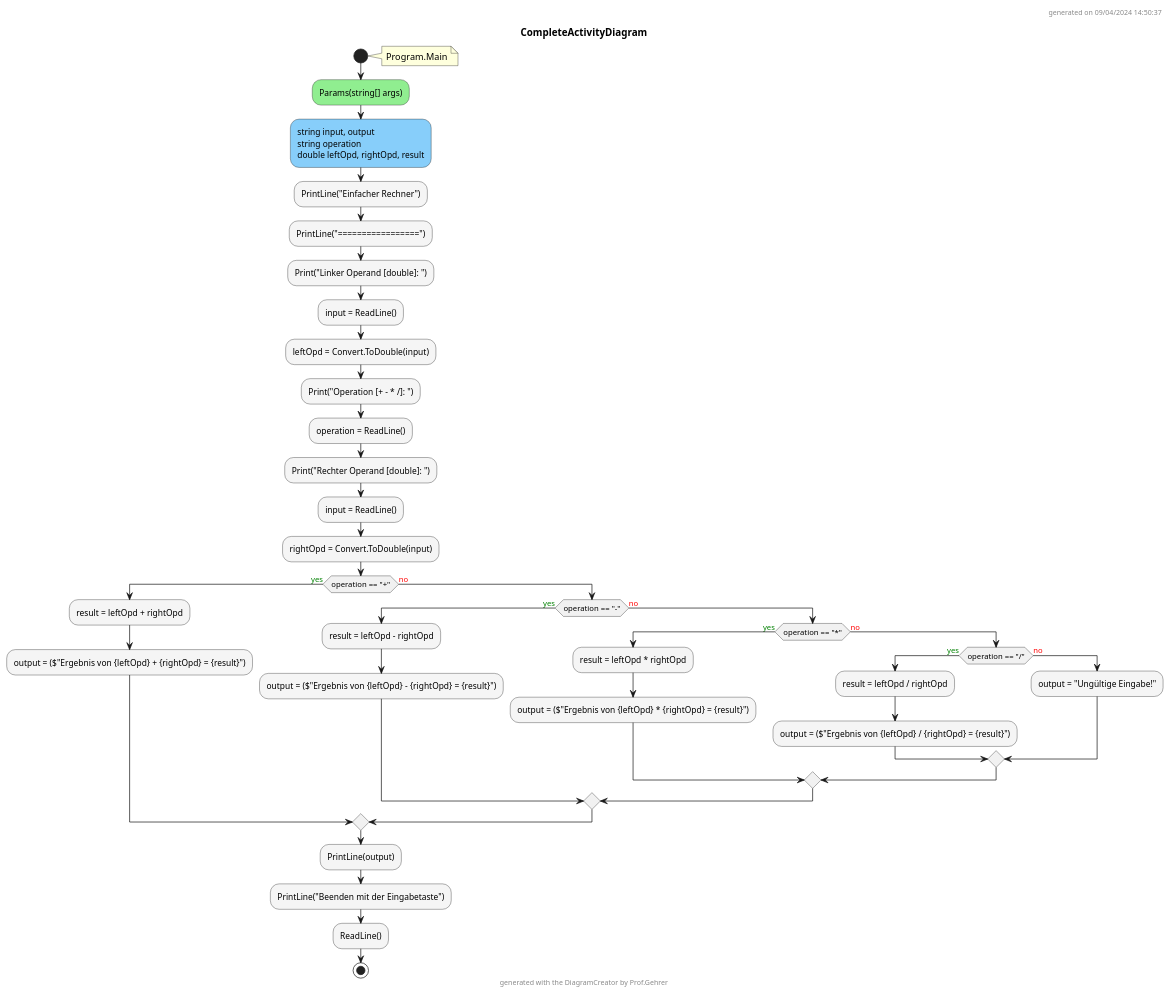
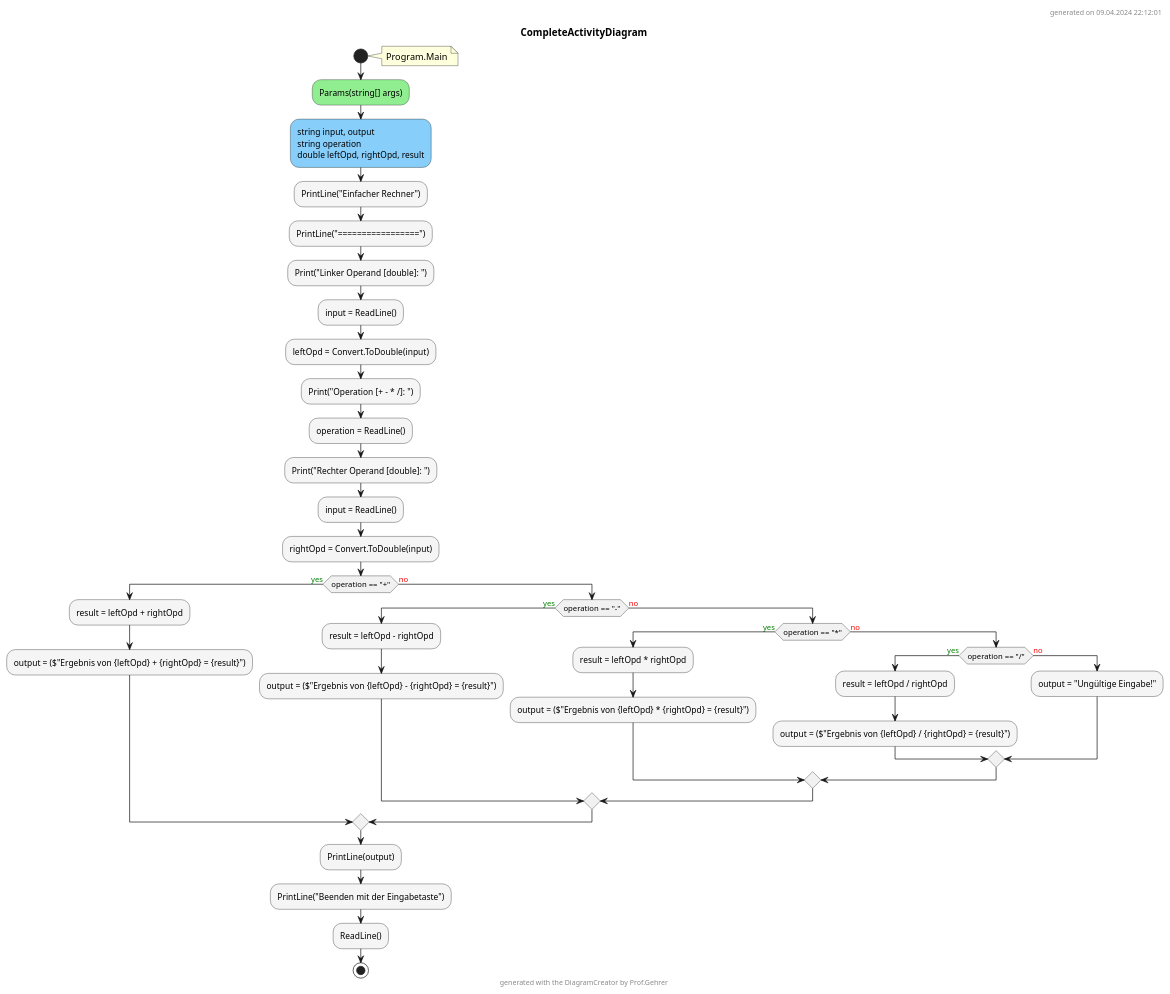
Before and after one commit to leoggehrer/2324-34_ABIF_ACIF_POSE: the diagram in SimpleCalculator.ConApp/diagrams/CompleteActivityDiagram.puml, drawn with PlantUML. The commit also changed 479 other files, not shown here.

Commit message:
Updated diagrams.

```diff
--- a/SimpleCalculator.ConApp/diagrams/CompleteActivityDiagram.puml
+++ b/SimpleCalculator.ConApp/diagrams/CompleteActivityDiagram.puml
@@ -1,48 +1,48 @@
 @startuml CompleteActivityDiagram
 header
-generated on 09/04/2024 14:50:37
+generated on 09.04.2024 22:12:01
 end header
 title CompleteActivityDiagram
 start
 note right:  Program.Main
 #LightGreen:Params(string[] args);
 #LightSkyBlue:string input, output\nstring operation\ndouble leftOpd, rightOpd, result;
 #WhiteSmoke:PrintLine("Einfacher Rechner");
 #WhiteSmoke:PrintLine("=================");
 #WhiteSmoke:Print("Linker Operand [double]: ");
 #WhiteSmoke:input = ReadLine();
 #WhiteSmoke:leftOpd = Convert.ToDouble(input);
 #WhiteSmoke:Print("Operation [+ - * /]: ");
 #WhiteSmoke:operation = ReadLine();
 #WhiteSmoke:Print("Rechter Operand [double]: ");
 #WhiteSmoke:input = ReadLine();
 #WhiteSmoke:rightOpd = Convert.ToDouble(input);
 if (operation == "+") then (<color:green>yes)
         #WhiteSmoke:result = leftOpd + rightOpd;
         #WhiteSmoke:output = ($"Ergebnis von {leftOpd} + {rightOpd} = {result}");
     else (<color:red>no)
         if (operation == "-") then (<color:green>yes)
                 #WhiteSmoke:result = leftOpd - rightOpd;
                 #WhiteSmoke:output = ($"Ergebnis von {leftOpd} - {rightOpd} = {result}");
             else (<color:red>no)
                 if (operation == "*") then (<color:green>yes)
                         #WhiteSmoke:result = leftOpd * rightOpd;
                         #WhiteSmoke:output = ($"Ergebnis von {leftOpd} * {rightOpd} = {result}");
                     else (<color:red>no)
                         if (operation == "/") then (<color:green>yes)
                                 #WhiteSmoke:result = leftOpd / rightOpd;
                                 #WhiteSmoke:output = ($"Ergebnis von {leftOpd} / {rightOpd} = {result}");
                             else (<color:red>no)
                                     #WhiteSmoke:output = "Ungültige Eingabe!";
                         endif
                 endif
         endif
 endif
 #WhiteSmoke:PrintLine(output);
 #WhiteSmoke:PrintLine("Beenden mit der Eingabetaste");
 #WhiteSmoke:ReadLine();
 stop
 footer
 generated with the DiagramCreator by Prof.Gehrer
 end footer
 @enduml
```
